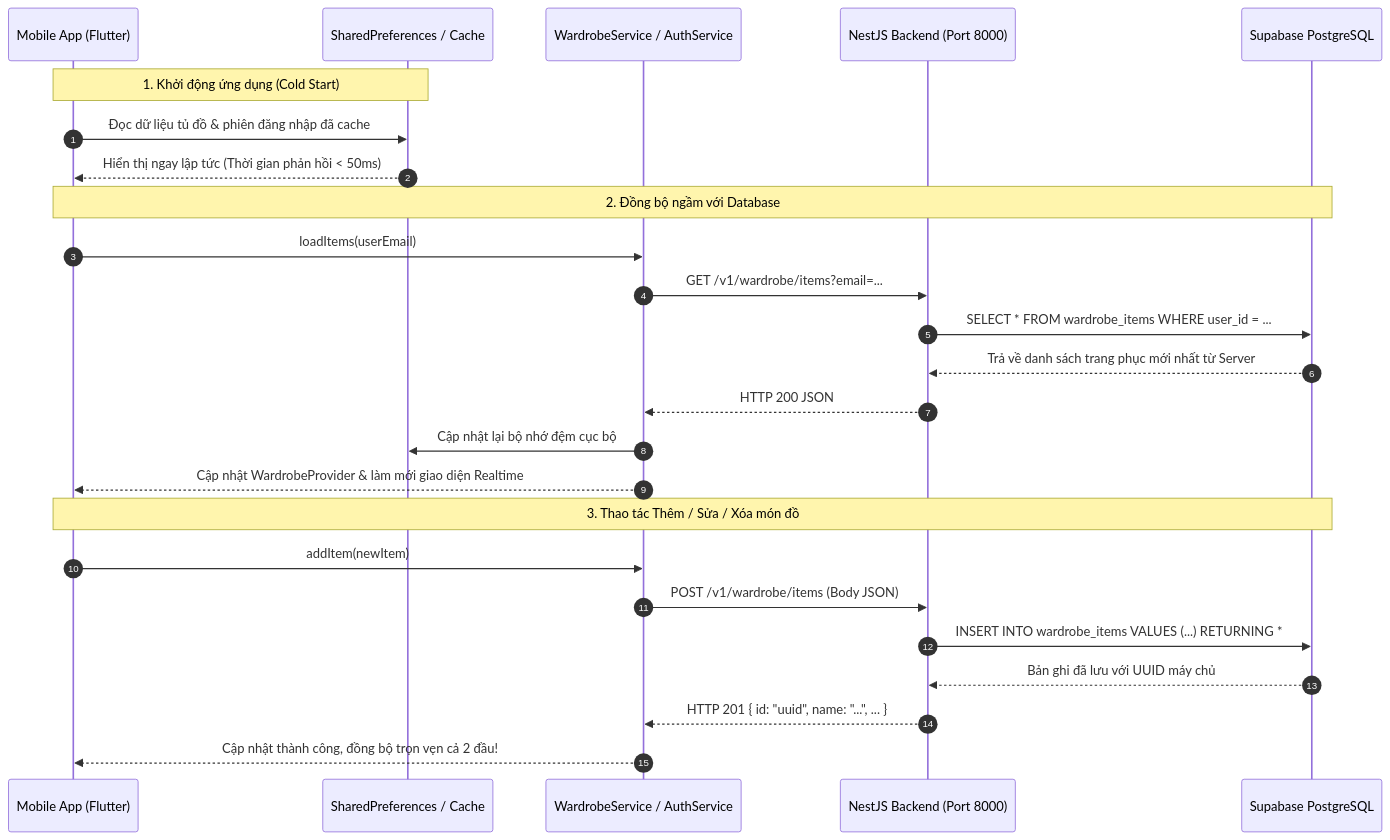
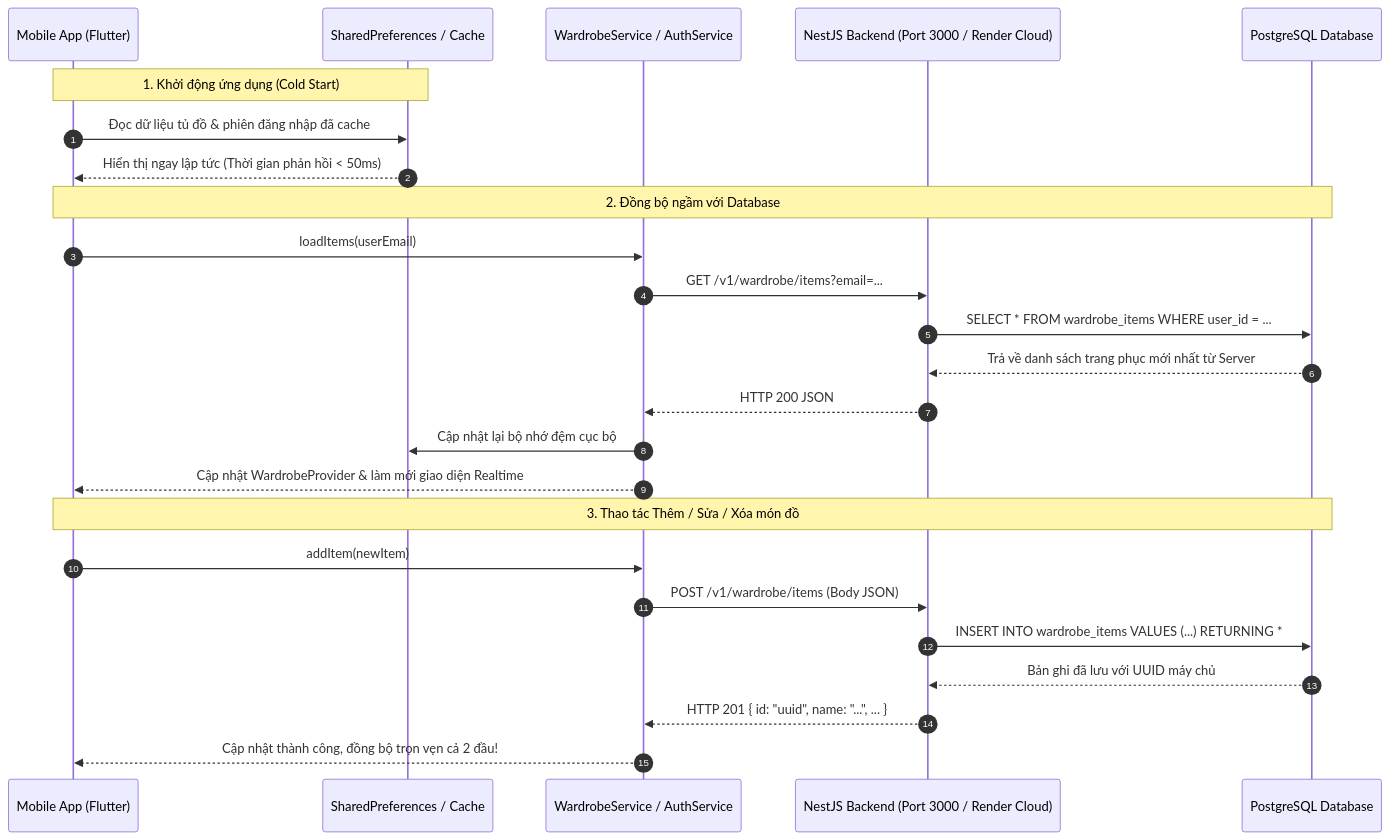
The fifth of 5 diagrams in docs/TECHNICAL_DOCUMENTATION.md (Vinhan05/Wearsy), drawn with Mermaid before and after one commit. The commit also changed other lines of this file and 11 other files, not shown here.

````diff
--- a/docs/TECHNICAL_DOCUMENTATION.md
+++ b/docs/TECHNICAL_DOCUMENTATION.md
@@ -406,30 +401,30 @@
 ```mermaid
 sequenceDiagram
     autonumber
     participant App as Mobile App (Flutter)
     participant Local as SharedPreferences / Cache
     participant Service as WardrobeService / AuthService
-    participant API as NestJS Backend (Port 8000)
-    participant DB as Supabase PostgreSQL
+    participant API as NestJS Backend (Port 3000 / Render Cloud)
+    participant DB as PostgreSQL Database
 
     Note over App,Local: 1. Khởi động ứng dụng (Cold Start)
     App->>Local: Đọc dữ liệu tủ đồ & phiên đăng nhập đã cache
     Local-->>App: Hiển thị ngay lập tức (Thời gian phản hồi < 50ms)
     
     Note over App,DB: 2. Đồng bộ ngầm với Database
     App->>Service: loadItems(userEmail)
     Service->>API: GET /v1/wardrobe/items?email=...
     API->>DB: SELECT * FROM wardrobe_items WHERE user_id = ...
     DB-->>API: Trả về danh sách trang phục mới nhất từ Server
     API-->>Service: HTTP 200 JSON
     Service->>Local: Cập nhật lại bộ nhớ đệm cục bộ
     Service-->>App: Cập nhật WardrobeProvider & làm mới giao diện Realtime
 
     Note over App,DB: 3. Thao tác Thêm / Sửa / Xóa món đồ
     App->>Service: addItem(newItem)
     Service->>API: POST /v1/wardrobe/items (Body JSON)
     API->>DB: INSERT INTO wardrobe_items VALUES (...) RETURNING *
     DB-->>API: Bản ghi đã lưu với UUID máy chủ
     API-->>Service: HTTP 201 { id: "uuid", name: "...", ... }
     Service-->>App: Cập nhật thành công, đồng bộ trọn vẹn cả 2 đầu!
 ```
````
